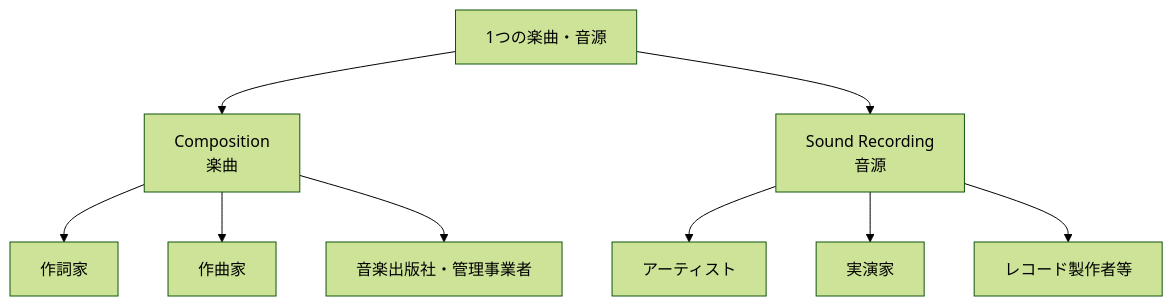
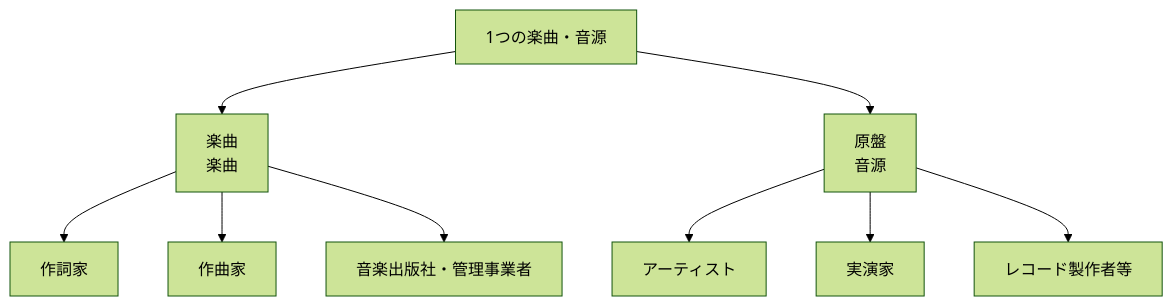
Before and after one commit to ShigeichiroYamasaki/creator-first-platform: the second of 17 diagrams in docs/whitepaper/03-rights-and-money.md, drawn with Mermaid (forest theme). The commit also changed other lines of this file and 72 other files, not shown here.

````diff
--- a/docs/whitepaper/03-rights-and-money.md
+++ b/docs/whitepaper/03-rights-and-money.md
@@ -33,12 +33,12 @@
 ```mermaid
 flowchart TD
     MUSIC[1つの楽曲・音源]
-    MUSIC --> COMP[Composition<br/>楽曲]
-    MUSIC --> MASTER[Sound Recording<br/>音源]
+    MUSIC --> COMP[楽曲<br/>楽曲]
+    MUSIC --> MASTER[原盤<br/>音源]
     COMP --> WRITER[作詞家]
     COMP --> COMPOSER[作曲家]
     COMP --> PUB[音楽出版社・管理事業者]
     MASTER --> ARTIST[アーティスト]
     MASTER --> PERF[実演家]
     MASTER --> PRODUCER[レコード製作者等]
 ```
````
